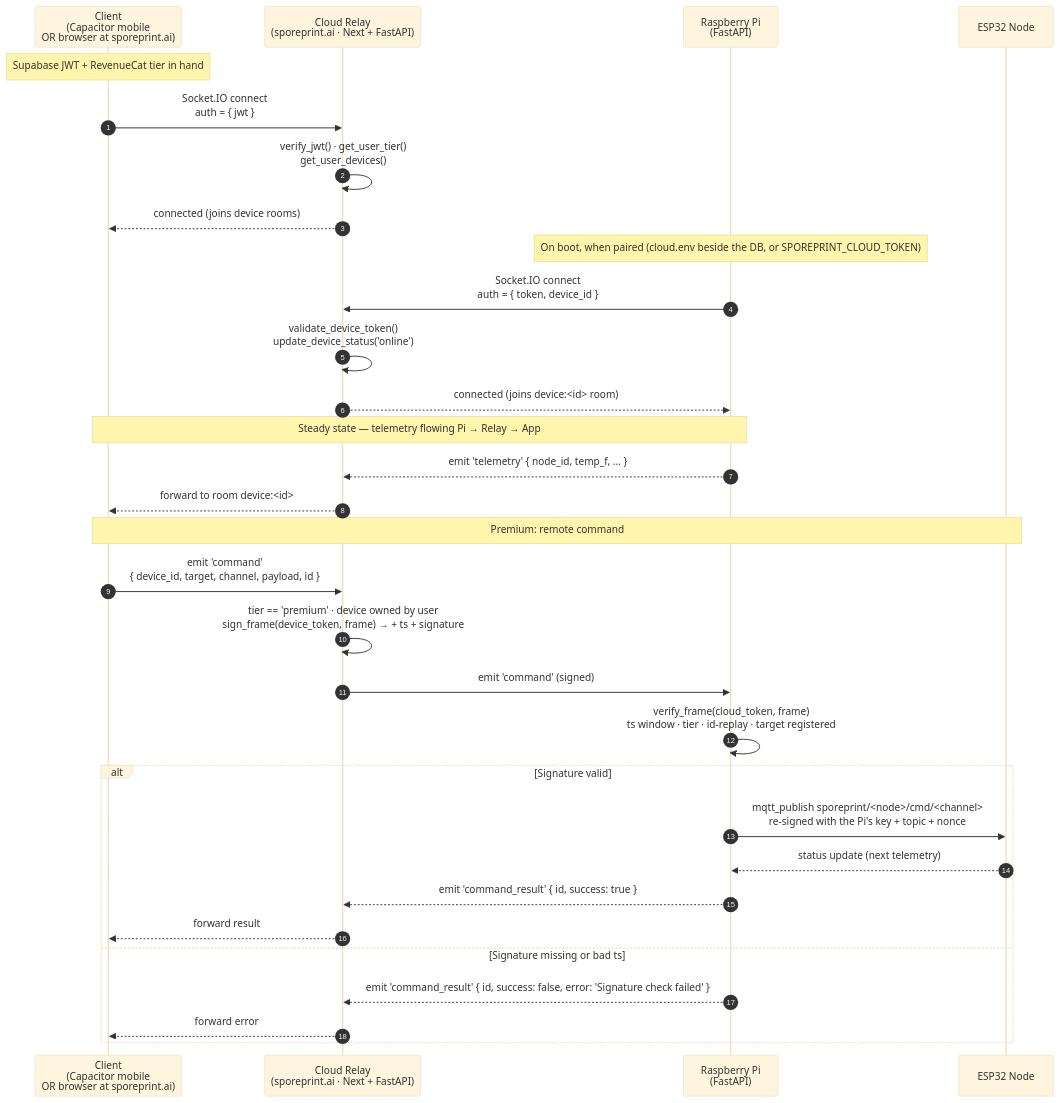
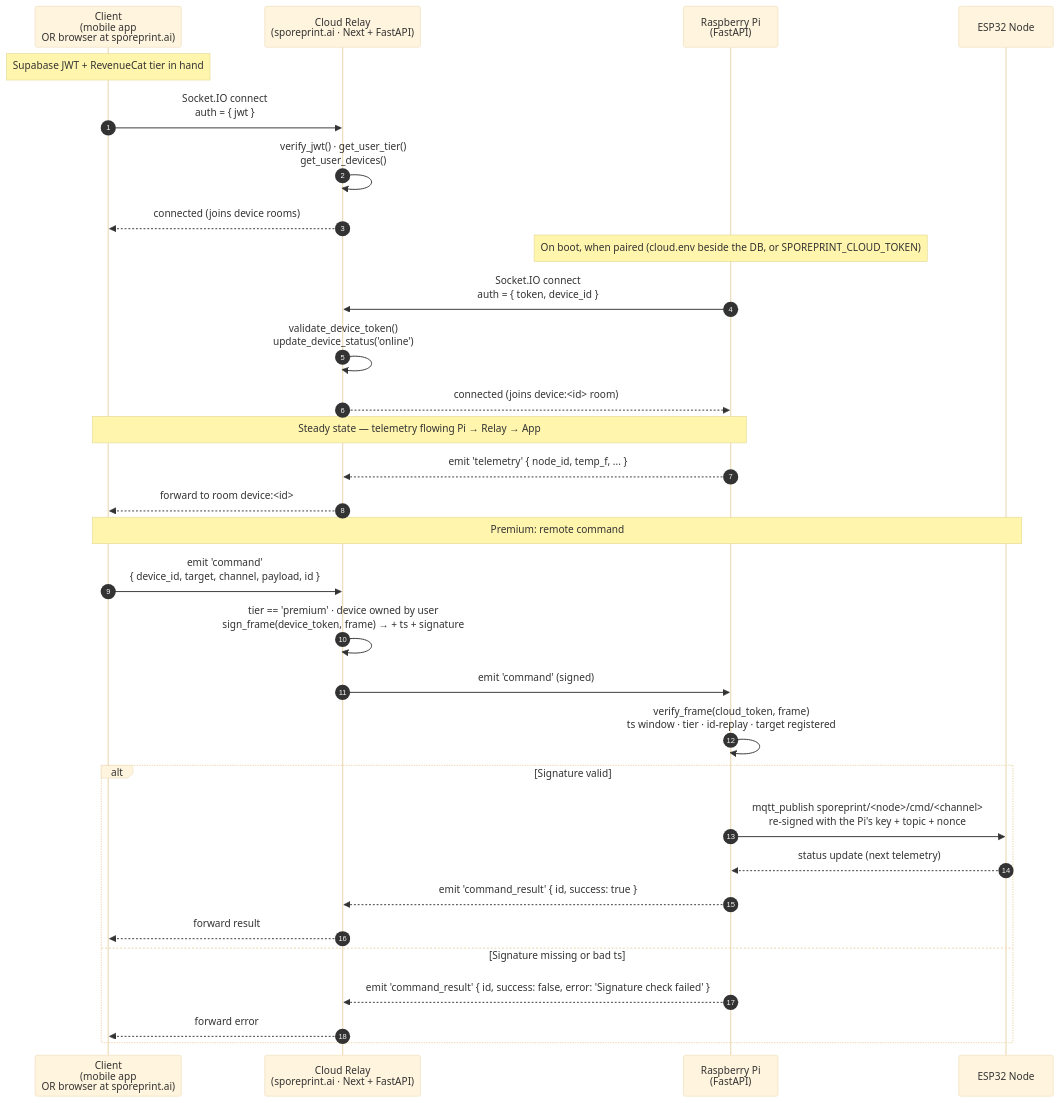
Before and after one commit to 59psi/SporePrint: the diagram in docs/cloud-relay-flow.md, drawn with Mermaid (base theme). The commit also changed other lines of this file and 143 other files, not shown here.

````diff
--- a/docs/cloud-relay-flow.md
+++ b/docs/cloud-relay-flow.md
@@ -9,38 +9,38 @@
 ```mermaid
 sequenceDiagram
     autonumber
-    participant App as Client<br/>(Capacitor mobile<br/>OR browser at sporeprint.ai)
+    participant App as Client<br/>(mobile app<br/>OR browser at sporeprint.ai)
     participant Relay as Cloud Relay<br/>(sporeprint.ai · Next + FastAPI)
     participant Pi as Raspberry Pi<br/>(FastAPI)
     participant ESP as ESP32 Node
 
     Note over App: Supabase JWT + RevenueCat tier in hand
     App->>Relay: Socket.IO connect<br/>auth = { jwt }
     Relay->>Relay: verify_jwt() · get_user_tier()<br/>get_user_devices()
     Relay-->>App: connected (joins device rooms)
 
     Note over Pi: On boot, when paired (cloud.env beside the DB, or SPOREPRINT_CLOUD_TOKEN)
     Pi->>Relay: Socket.IO connect<br/>auth = { token, device_id }
     Relay->>Relay: validate_device_token()<br/>update_device_status('online')
     Relay-->>Pi: connected (joins device:<id> room)
 
     Note over App,Pi: Steady state — telemetry flowing Pi → Relay → App
     Pi-->>Relay: emit 'telemetry' { node_id, temp_f, ... }
     Relay-->>App: forward to room device:<id>
 
     Note over App,ESP: Premium: remote command
     App->>Relay: emit 'command'<br/>{ device_id, target, channel, payload, id }
     Relay->>Relay: tier == 'premium' · device owned by user<br/>sign_frame(device_token, frame) → + ts + signature
     Relay->>Pi: emit 'command' (signed)
 
     Pi->>Pi: verify_frame(cloud_token, frame)<br/>ts window · tier · id-replay · target registered
     alt Signature valid
         Pi->>ESP: mqtt_publish sporeprint/<node>/cmd/<channel><br/>re-signed with the Pi's key + topic + nonce
         ESP-->>Pi: status update (next telemetry)
         Pi-->>Relay: emit 'command_result' { id, success: true }
         Relay-->>App: forward result
     else Signature missing or bad ts
         Pi-->>Relay: emit 'command_result' { id, success: false, error: 'Signature check failed' }
         Relay-->>App: forward error
     end
 ```
````
